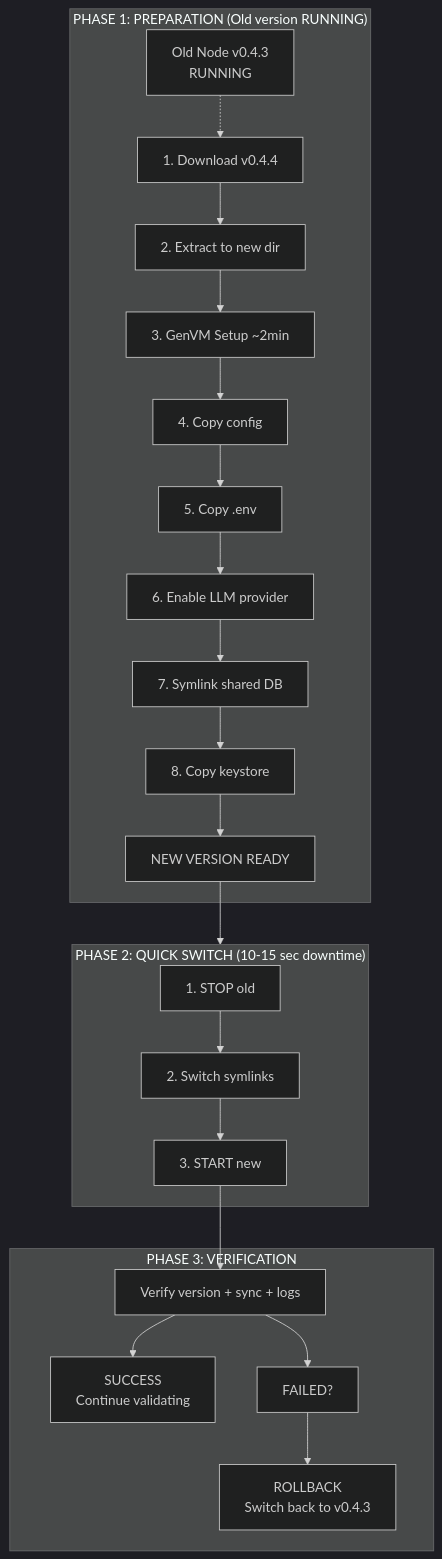
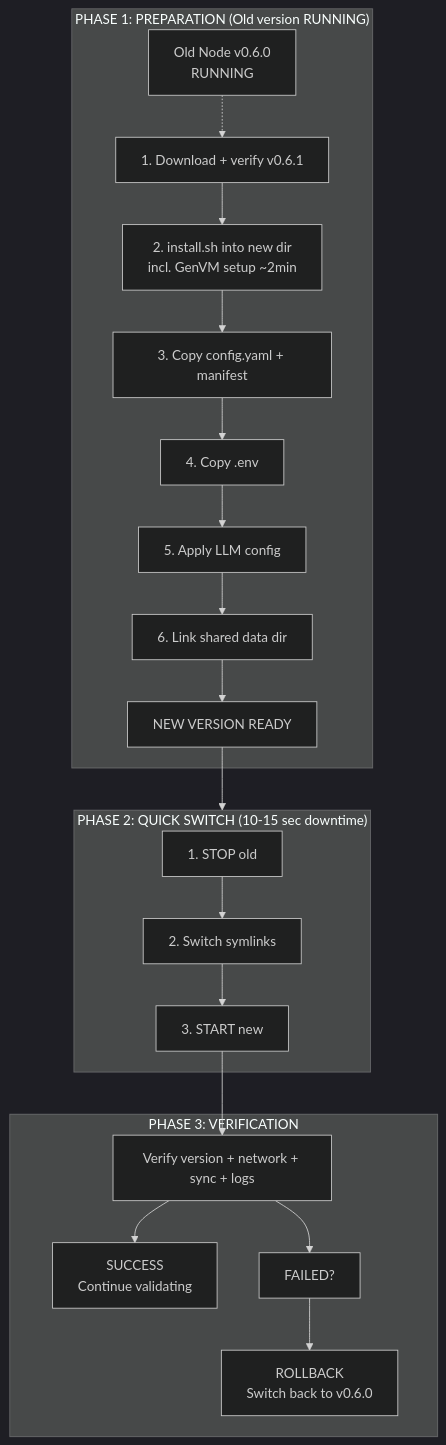
Before and after one commit to genlayerlabs/skills: the diagram in plugins/genlayernode/skills/genlayernode/update-procedure.md, drawn with Mermaid (dark theme). The commit also changed other lines of this file and 13 other files, not shown here.

````diff
--- a/plugins/genlayernode/skills/genlayernode/update-procedure.md
+++ b/plugins/genlayernode/skills/genlayernode/update-procedure.md
@@ -8,39 +11,37 @@
 ```mermaid
 flowchart TD
     subgraph PHASE1["PHASE 1: PREPARATION (Old version RUNNING)"]
-        OLD[Old Node v0.4.3<br/>RUNNING]
-        P1[1. Download v0.4.4]
-        P2[2. Extract to new dir]
-        P3[3. GenVM Setup ~2min]
-        P4[4. Copy config]
-        P5[5. Copy .env]
-        P6[6. Enable LLM provider]
-        P7[7. Symlink shared DB]
-        P8[8. Copy keystore]
+        OLD[Old Node v0.6.0<br/>RUNNING]
+        P1[1. Download + verify v0.6.1]
+        P2[2. install.sh into new dir<br/>incl. GenVM setup ~2min]
+        P3[3. Copy config.yaml + manifest]
+        P4[4. Copy .env]
+        P5[5. Apply LLM config]
+        P6[6. Link shared data dir]
         READY[NEW VERSION READY]
 
         OLD -.-> P1
-        P1 --> P2 --> P3 --> P4 --> P5 --> P6 --> P7 --> P8 --> READY
+        P1 --> P2 --> P3 --> P4 --> P5 --> P6 --> READY
     end
 
     subgraph PHASE2["PHASE 2: QUICK SWITCH (10-15 sec downtime)"]
         STOP[1. STOP old]
         SWITCH[2. Switch symlinks]
         START[3. START new]
 
         STOP --> SWITCH --> START
     end
 
     subgraph PHASE3["PHASE 3: VERIFICATION"]
-        VERIFY[Verify version + sync + logs]
+        VERIFY[Verify version + network + sync + logs]
         SUCCESS[SUCCESS<br/>Continue validating]
         FAILED[FAILED?]
-        ROLLBACK[ROLLBACK<br/>Switch back to v0.4.3]
+        ROLLBACK[ROLLBACK<br/>Switch back to v0.6.0]
 
         VERIFY --> SUCCESS
         VERIFY --> FAILED --> ROLLBACK
     end
 
     READY --> PHASE2
     START --> VERIFY
 ```
````
